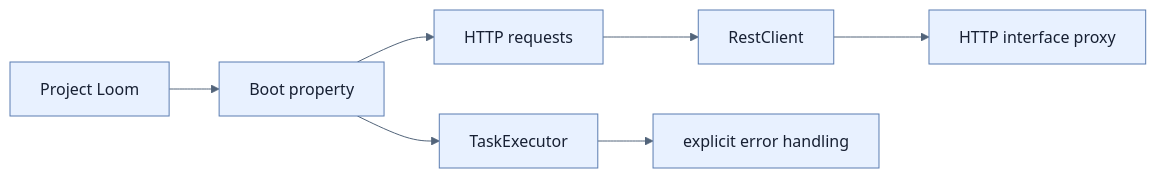
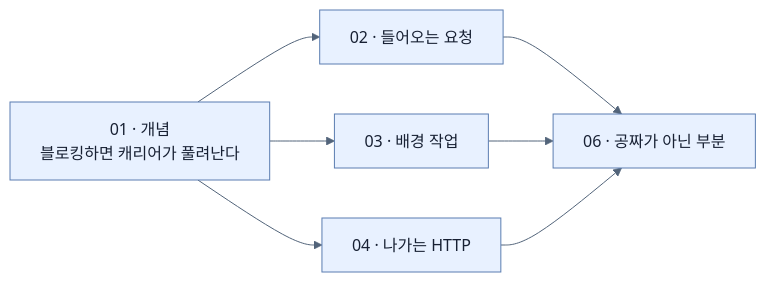
The first of 2 diagrams in spring-boot-4-pdf-notes/part-4-scaling-an-application-with-spring-boot/chapter-11-virtual-threads-in-java-and-spring-boot/_map.md (sing-u8/Learning_Spring_Boot_4), drawn with Mermaid before and after one commit. The commit also changed other lines of this file and 253 other files, not shown here.

````diff
--- a/spring-boot-4-pdf-notes/part-4-scaling-an-application-with-spring-boot/chapter-11-virtual-threads-in-java-and-spring-boot/_map.md
+++ b/spring-boot-4-pdf-notes/part-4-scaling-an-application-with-spring-boot/chapter-11-virtual-threads-in-java-and-spring-boot/_map.md
@@ -12,10 +12,10 @@
 ```mermaid
 %%{init: {'theme': 'base', 'themeVariables': {'background': '#ffffff', 'primaryColor': '#e8f1ff', 'primaryTextColor': '#172033', 'primaryBorderColor': '#5b7db1', 'lineColor': '#52647a', 'secondaryColor': '#f7fbff', 'tertiaryColor': '#fff7df'}}}%%
 flowchart LR
-    A[Project Loom] --> B[Boot property]
-    B --> C[HTTP requests]
-    B --> D[TaskExecutor]
-    C --> E[RestClient]
-    E --> F[HTTP interface proxy]
-    D --> G[explicit error handling]
+    C["01 · 개념<br/>블로킹하면 캐리어가 풀려난다"] --> A["02 · 들어오는 요청"]
+    C --> B["03 · 배경 작업"]
+    C --> D["04 · 나가는 HTTP"]
+    A --> E["06 · 공짜가 아닌 부분"]
+    B --> E
+    D --> E
 ```
````
